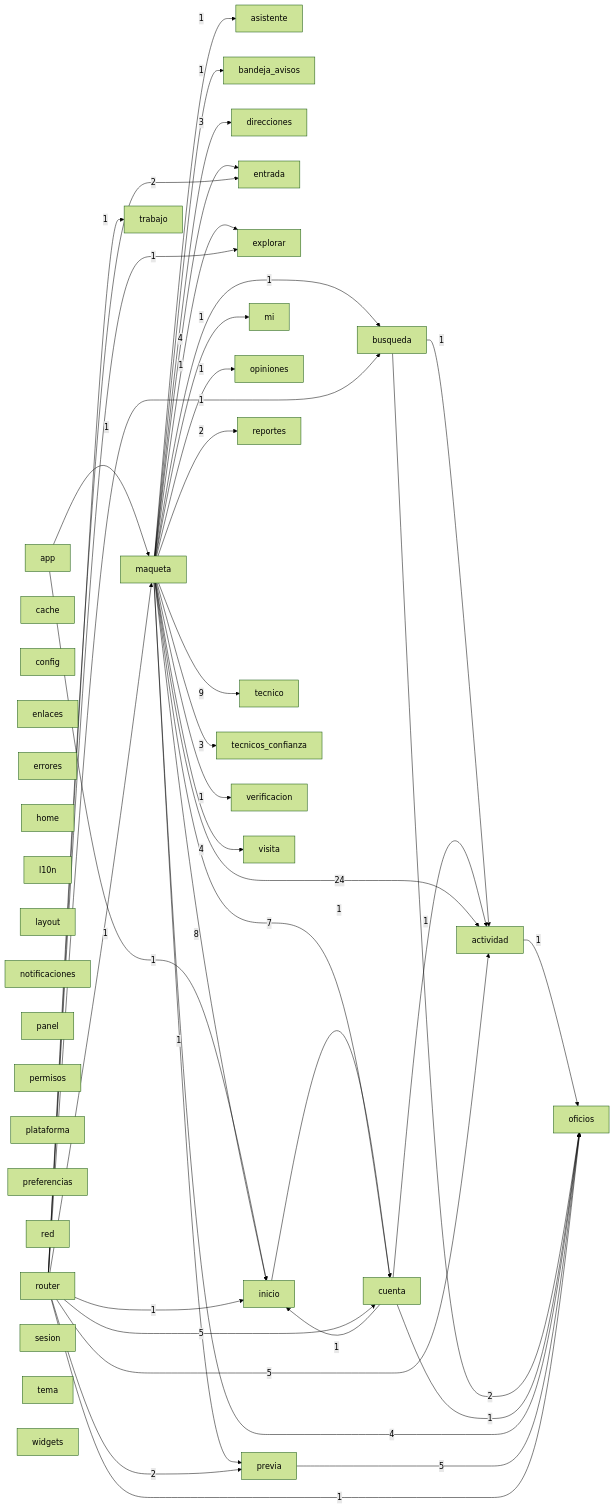
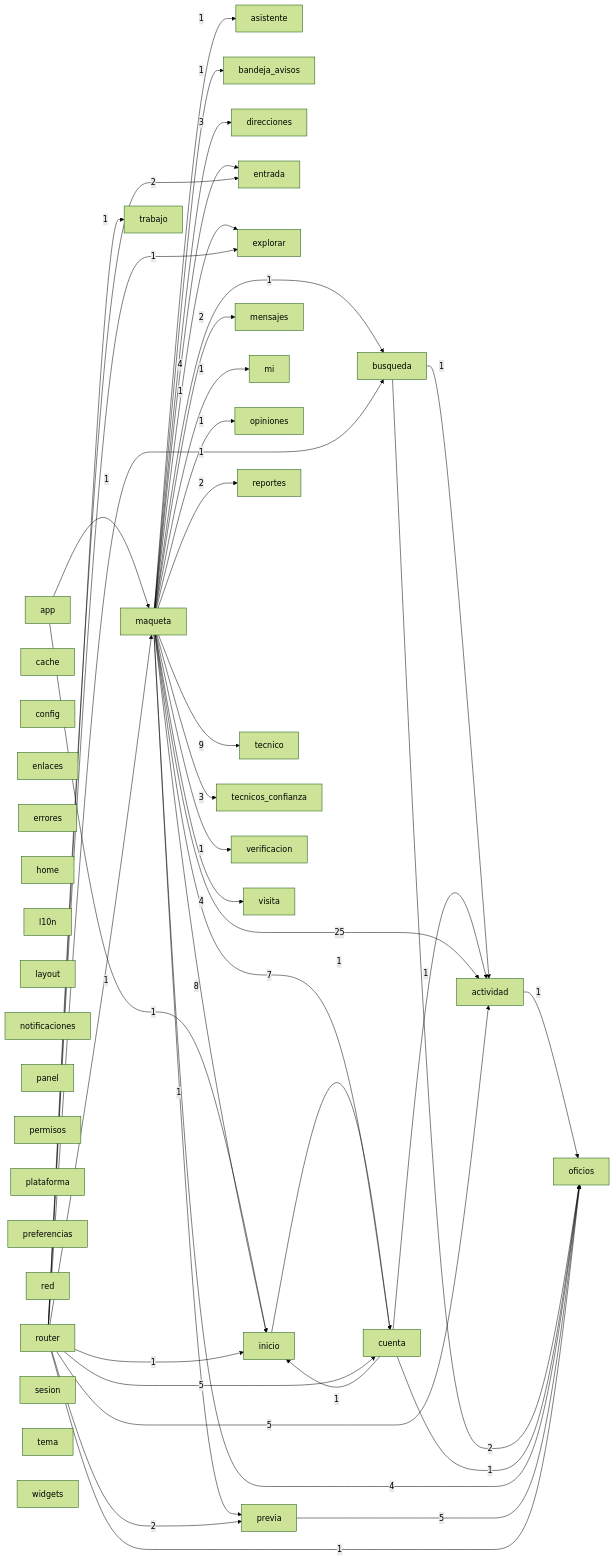
One commit to Tensei-Devs/knock-frontend changed the diagram in docs/architecture/modules.mmd. Above: the diagram before and after it, drawn with Mermaid (forest theme). The commit also changed 3 other files, not shown here.

```diff
--- a/docs/architecture/modules.mmd
+++ b/docs/architecture/modules.mmd
@@ -1,77 +1,79 @@
 graph LR
   actividad["actividad"]
   app["app"]
   asistente["asistente"]
   bandeja_avisos["bandeja_avisos"]
   busqueda["busqueda"]
   cache["cache"]
   config["config"]
   cuenta["cuenta"]
   direcciones["direcciones"]
   enlaces["enlaces"]
   entrada["entrada"]
   errores["errores"]
   explorar["explorar"]
   home["home"]
   inicio["inicio"]
   l10n["l10n"]
   layout["layout"]
   maqueta["maqueta"]
+  mensajes["mensajes"]
   mi["mi"]
   notificaciones["notificaciones"]
   oficios["oficios"]
   opiniones["opiniones"]
   panel["panel"]
   permisos["permisos"]
   plataforma["plataforma"]
   preferencias["preferencias"]
   previa["previa"]
   red["red"]
   reportes["reportes"]
   router["router"]
   sesion["sesion"]
   tecnico["tecnico"]
   tecnicos_confianza["tecnicos_confianza"]
   tema["tema"]
   trabajo["trabajo"]
   verificacion["verificacion"]
   visita["visita"]
   widgets["widgets"]
   actividad -->|1| oficios
   app -->|1| inicio
   app -->|1| maqueta
   busqueda -->|1| actividad
   busqueda -->|2| oficios
   cuenta -->|1| actividad
   cuenta -->|1| inicio
   cuenta -->|1| oficios
   inicio -->|1| cuenta
-  maqueta -->|24| actividad
+  maqueta -->|25| actividad
   maqueta -->|1| asistente
   maqueta -->|1| bandeja_avisos
   maqueta -->|1| busqueda
   maqueta -->|7| cuenta
   maqueta -->|3| direcciones
   maqueta -->|4| entrada
   maqueta -->|1| explorar
   maqueta -->|8| inicio
+  maqueta -->|2| mensajes
   maqueta -->|1| mi
   maqueta -->|4| oficios
   maqueta -->|1| opiniones
   maqueta -->|1| previa
   maqueta -->|2| reportes
   maqueta -->|9| tecnico
   maqueta -->|3| tecnicos_confianza
   maqueta -->|1| verificacion
   maqueta -->|4| visita
   previa -->|5| oficios
   router -->|5| actividad
   router -->|1| busqueda
   router -->|5| cuenta
   router -->|2| entrada
   router -->|1| explorar
   router -->|1| inicio
   router -->|1| maqueta
   router -->|1| oficios
   router -->|2| previa
   router -->|1| trabajo
```
